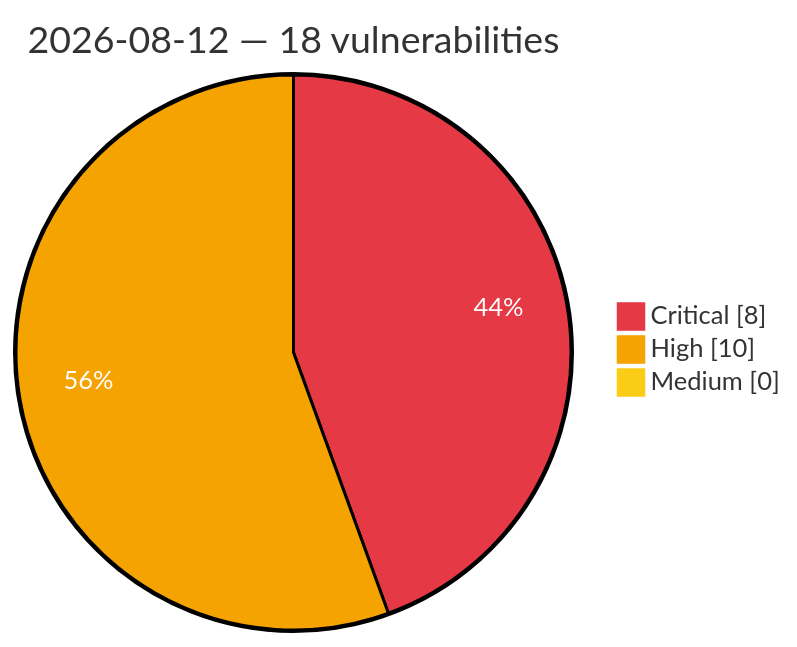
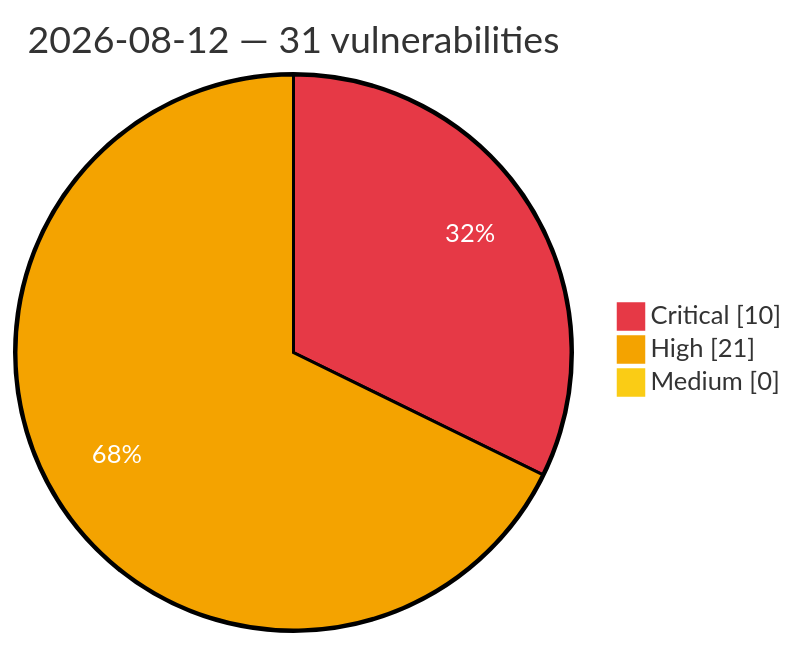
Before and after one commit to GhostX0X/vuln-tracker: the diagram in vulnerabilities/2026/August/2026-08-12.md, drawn with Mermaid. The commit also changed other lines of this file and 5 other files, not shown here.

Commit message:
Auto update: critical/high vulns (2026-08-12 16:36 UTC)

````diff
--- a/vulnerabilities/2026/August/2026-08-12.md
+++ b/vulnerabilities/2026/August/2026-08-12.md
@@ -3,8 +3,8 @@
 ```mermaid
 %%{init: {'theme':'base', 'themeVariables': {'pie1':'#e63946', 'pie2':'#f4a300', 'pie3':'#facc15', 'pieOpacity':'1', 'pieOuterStrokeWidth':'2px', 'pieSectionTextColor':'#ffffff'}}}%%
 pie showData
-    title 2026-08-12 — 18 vulnerabilities
-    "Critical" : 8
-    "High" : 10
+    title 2026-08-12 — 31 vulnerabilities
+    "Critical" : 10
+    "High" : 21
     "Medium" : 0
 ```
````
